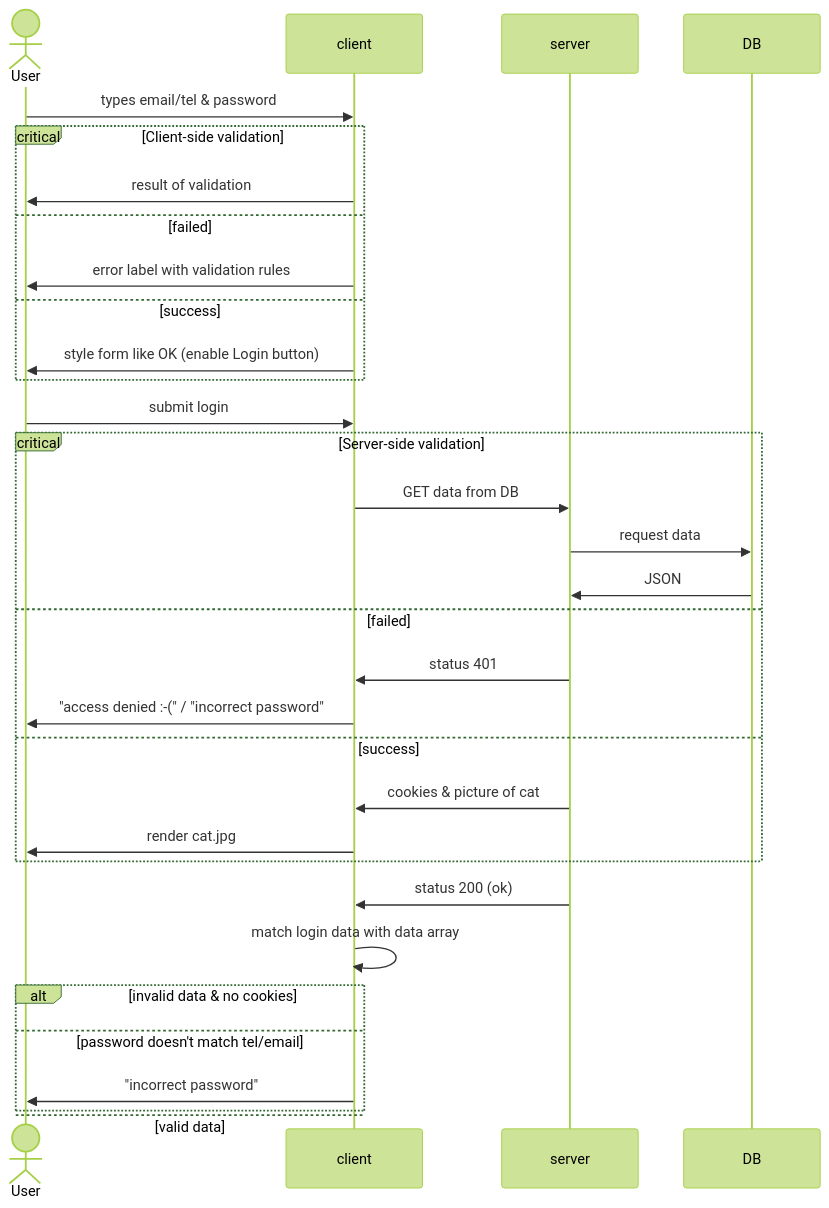
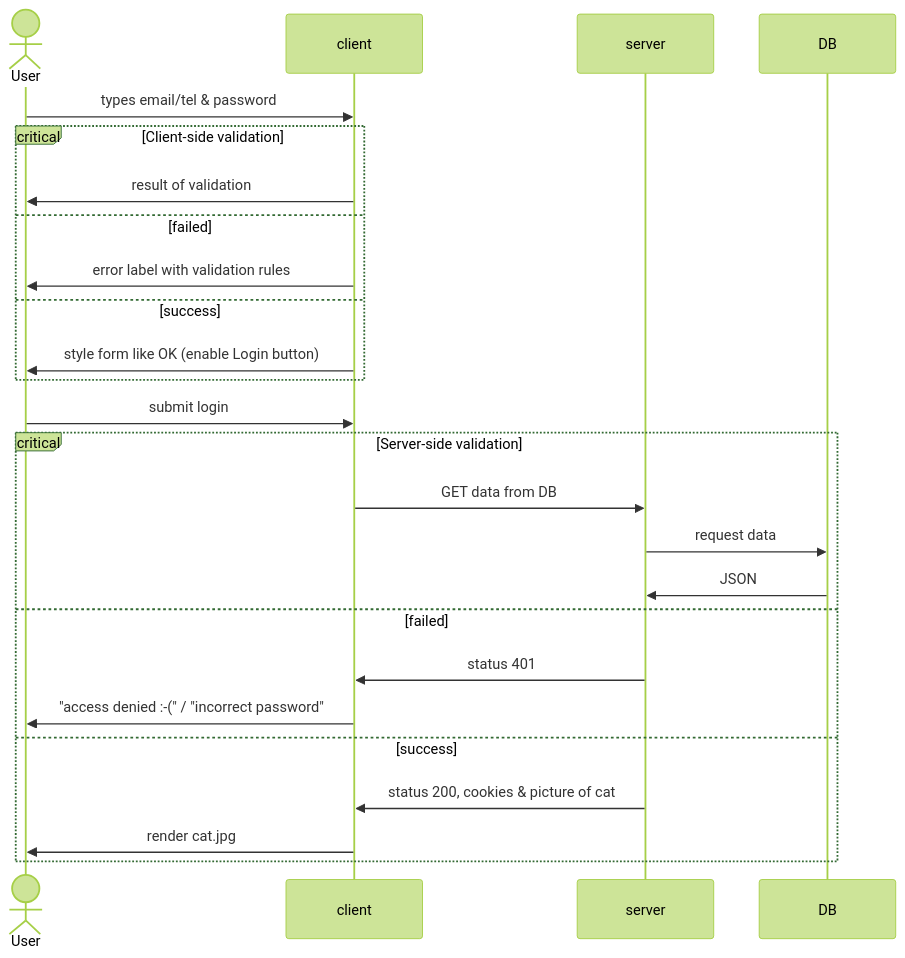
One commit to PoliGanina/ganina_rmr_hw_server changed the diagram in mermaid.md. Above: the diagram before and after it, drawn with Mermaid (forest theme). The commit also changed other lines of this file, not shown here.

Commit message:
updated diagram

````diff
--- a/mermaid.md
+++ b/mermaid.md
@@ -1,44 +1,33 @@
 ```mermaid
 sequenceDiagram
     %%https://mermaid-js.github.io/mermaid/#/sequenceDiagram
     actor User
     participant client
     participant server
     participant DB
 
     User->>client: types email/tel & password 
 
     critical Client-side validation
         client->>User: result of validation
     option failed
         client->>User: error label with validation rules
     option success
         client->>User: style form like OK (enable Login button)
     end
 
     User->>client: submit login
 
     critical Server-side validation
         client->>server: GET data from DB
         server->>DB: request data 
         DB->>server: JSON
     option failed
         server->>client: status 401
         client->>User: "access denied :-(" / "incorrect password"
     option success
-        server->>client: cookies & picture of cat
+        server->>client: status 200, cookies & picture of cat
         client->>User: render cat.jpg
     end
 
-   
-    server->>client: status 200 (ok)
-    client->>client: match login data with data array
-
-    alt invalid data & no cookies
-            
-        else password doesn't match tel/email 
-            client->>User: "incorrect password"
-        else valid data
-            
-    end    
 ```
````
